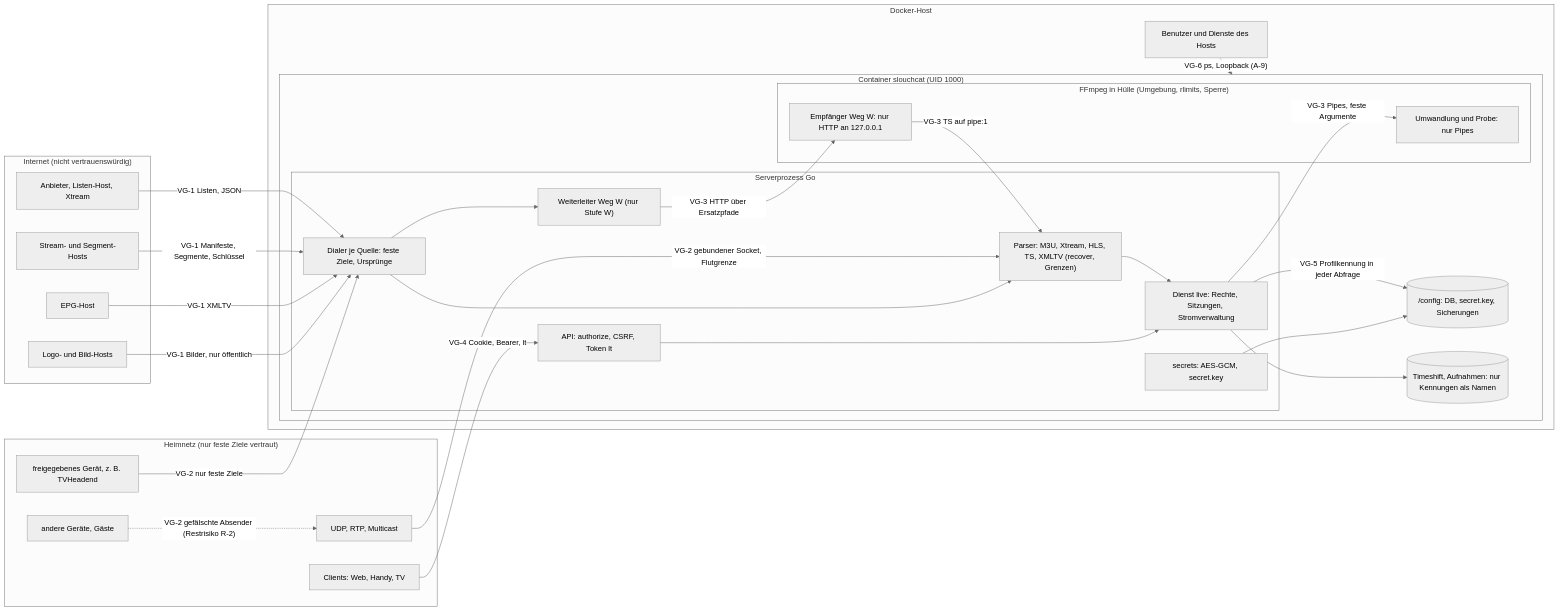
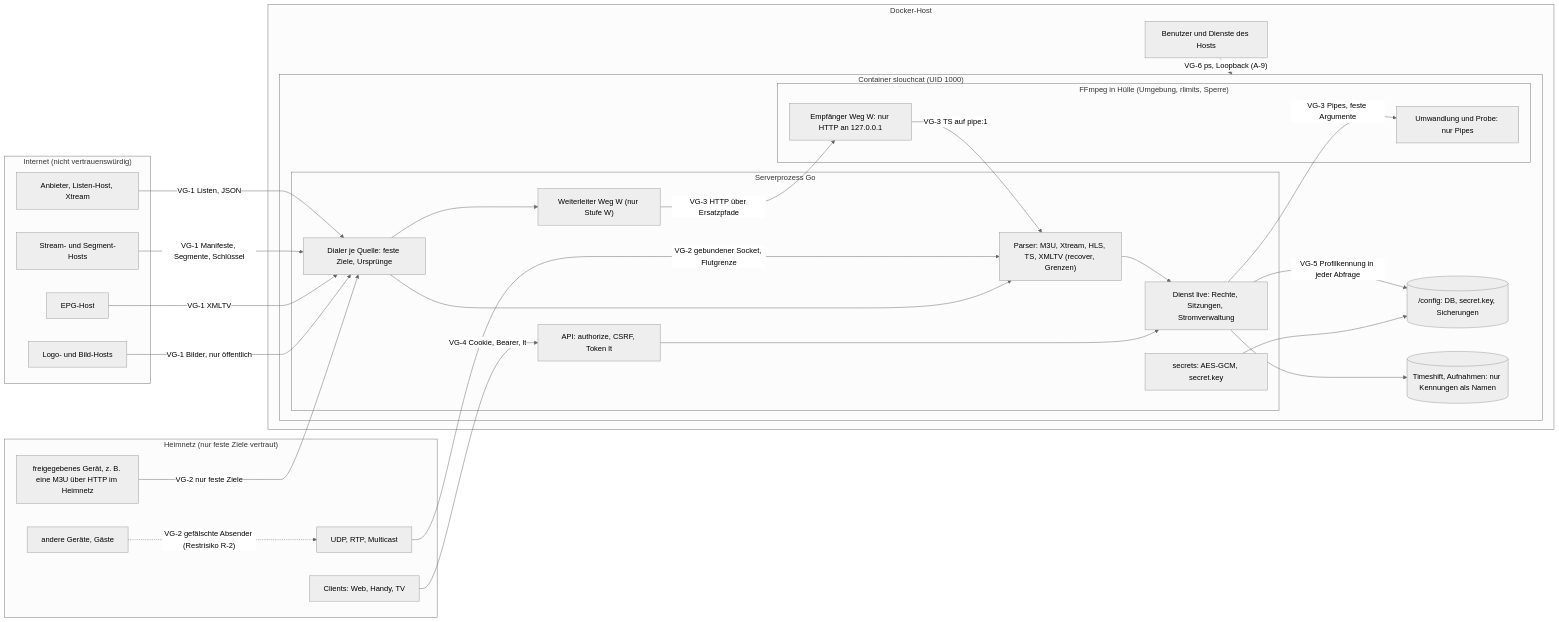
One commit to SlouchCat/slouchcat changed the diagram in docs/planning/28-live-tv/12-sicherheit.md. Above: the diagram before and after it, drawn with Mermaid (neutral theme). The commit also changed other lines of this file, not shown here.

````diff
--- a/docs/planning/28-live-tv/12-sicherheit.md
+++ b/docs/planning/28-live-tv/12-sicherheit.md
@@ -133,56 +160,56 @@
 ```mermaid
 flowchart LR
   subgraph NET["Internet (nicht vertrauenswürdig)"]
     PRV["Anbieter, Listen-Host, Xtream"]
     CDN["Stream- und Segment-Hosts"]
     EPGH["EPG-Host"]
     IMG["Logo- und Bild-Hosts"]
   end
 
   subgraph LAN["Heimnetz (nur feste Ziele vertraut)"]
-    DEV["freigegebenes Gerät, z. B. TVHeadend"]
+    DEV["freigegebenes Gerät, z. B. eine M3U über HTTP im Heimnetz"]
     MC["UDP, RTP, Multicast"]
     CLI["Clients: Web, Handy, TV"]
     GAST["andere Geräte, Gäste"]
   end
 
   subgraph HOST["Docker-Host"]
     HUSR["Benutzer und Dienste des Hosts"]
     subgraph CT["Container slouchcat (UID 1000)"]
       subgraph SRV["Serverprozess Go"]
         API["API: authorize, CSRF, Token lt"]
         LIVE["Dienst live: Rechte, Sitzungen, Stromverwaltung"]
         DIAL["Dialer je Quelle: feste Ziele, Ursprünge"]
         PARS["Parser: M3U, Xtream, HLS, TS, XMLTV (recover, Grenzen)"]
         FWD["Weiterleiter Weg W (nur Stufe W)"]
         SEC["secrets: AES-GCM, secret.key"]
       end
       subgraph SBX["FFmpeg in Hülle (Umgebung, rlimits, Sperre)"]
         FF["Umwandlung und Probe: nur Pipes"]
         FFW["Empfänger Weg W: nur HTTP an 127.0.0.1"]
       end
       CFG[("/config: DB, secret.key, Sicherungen")]
       DISK[("Timeshift, Aufnahmen: nur Kennungen als Namen")]
     end
   end
 
   PRV -- "VG-1 Listen, JSON" --> DIAL
   CDN -- "VG-1 Manifeste, Segmente, Schlüssel" --> DIAL
   EPGH -- "VG-1 XMLTV" --> DIAL
   IMG -- "VG-1 Bilder, nur öffentlich" --> DIAL
   DEV -- "VG-2 nur feste Ziele" --> DIAL
   MC -- "VG-2 gebundener Socket, Flutgrenze" --> PARS
   GAST -. "VG-2 gefälschte Absender (Restrisiko R-2)" .-> MC
   DIAL --> PARS
   PARS --> LIVE
   LIVE -- "VG-3 Pipes, feste Argumente" --> FF
   FWD -- "VG-3 HTTP über Ersatzpfade" --> FFW
   DIAL --> FWD
   FFW -- "VG-3 TS auf pipe:1" --> PARS
   CLI -- "VG-4 Cookie, Bearer, lt" --> API
   API --> LIVE
   LIVE -- "VG-5 Profilkennung in jeder Abfrage" --> CFG
   LIVE --> DISK
   SEC --> CFG
   HUSR -. "VG-6 ps, Loopback (A-9)" .-> CT
 ```
````
